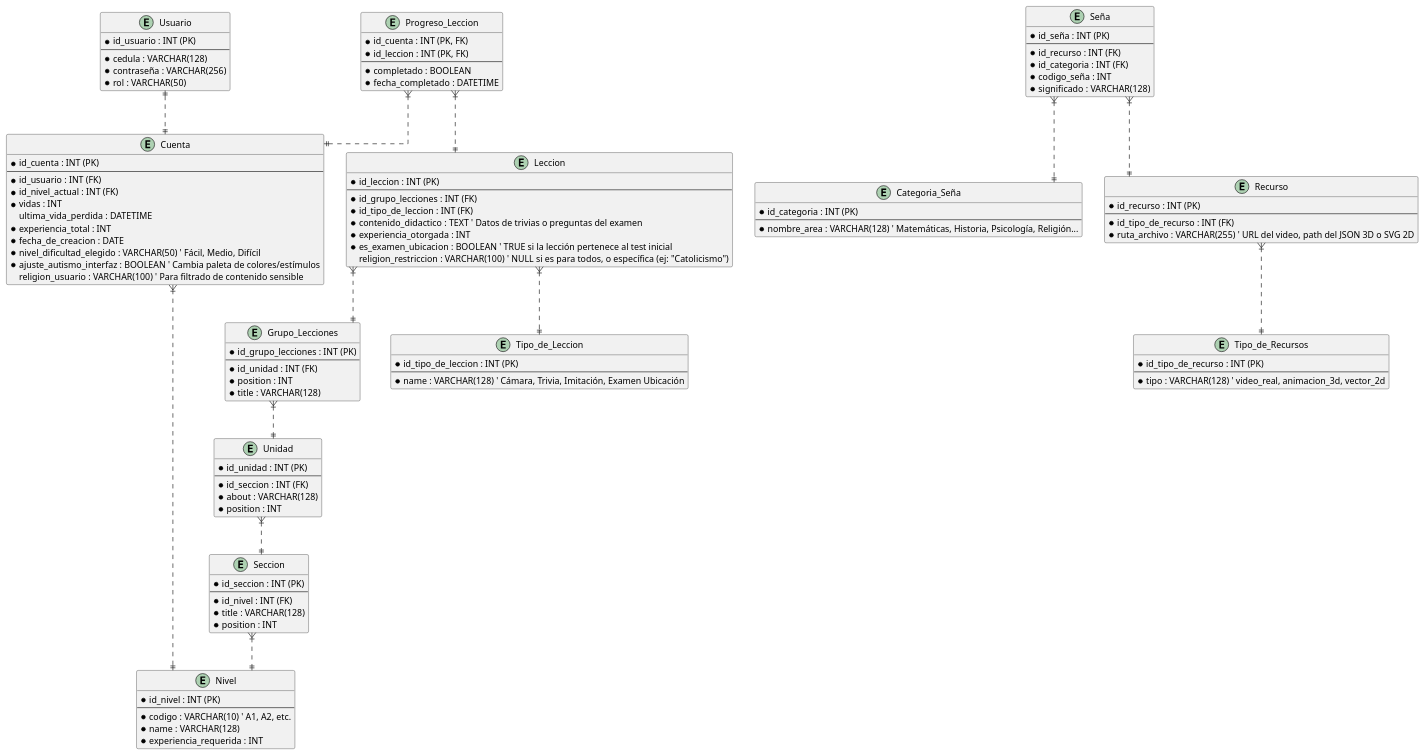
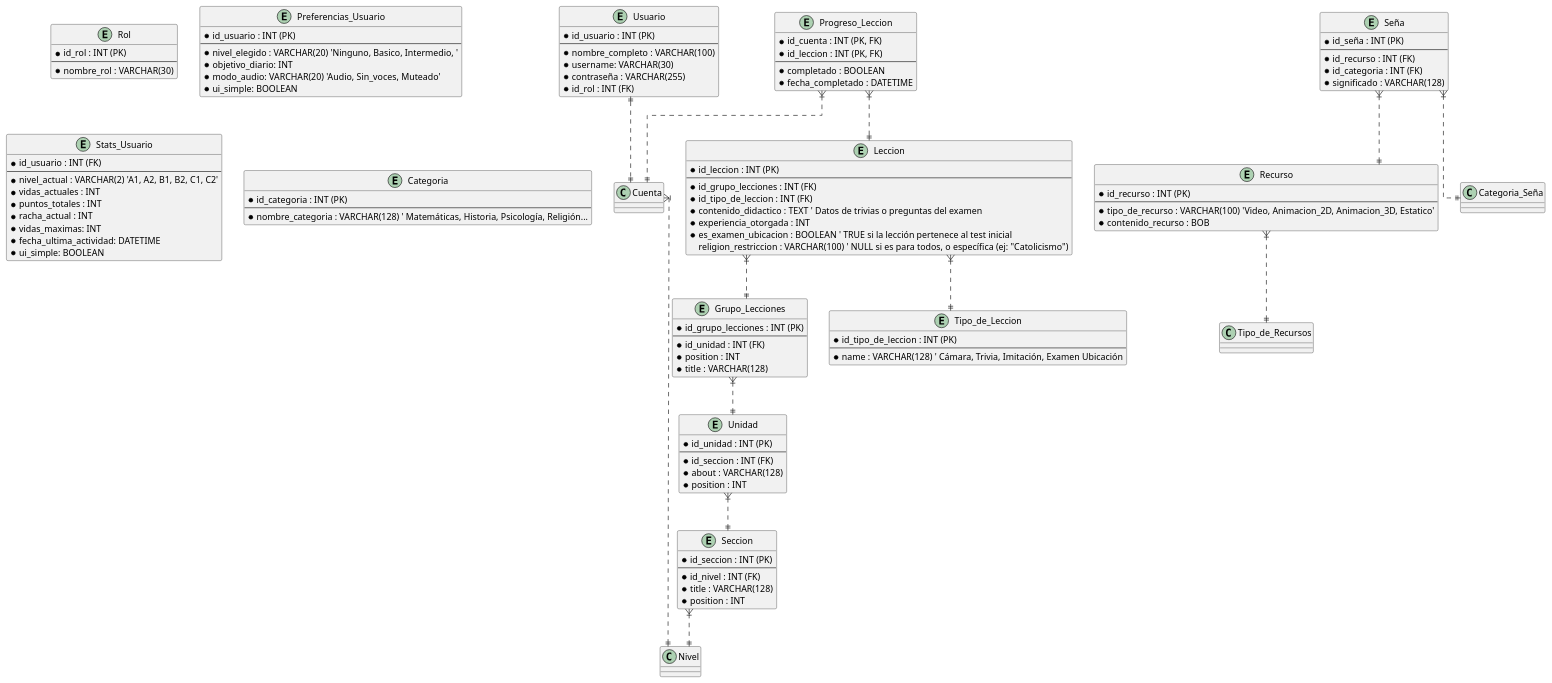
One commit to MicaheDev/proyecto-lsv changed the diagram in diagramas/base-de-datos.puml. Above: the diagram before and after it, drawn with PlantUML. The commit also changed 11 other files, not shown here.

```diff
--- a/diagramas/base-de-datos.puml
+++ b/diagramas/base-de-datos.puml
@@ -1,133 +1,133 @@
 @startuml
 skinparam roundcorner 5
 skinparam linetype ortho
 
+entity Rol {
+    * id_rol : INT (PK)
+    --
+    * nombre_rol : VARCHAR(30)
+}
+
+
 entity Usuario {
     * id_usuario : INT (PK)
     --
-    * cedula : VARCHAR(128)
-    * contraseña : VARCHAR(256)
-    * rol : VARCHAR(50)
+    * nombre_completo : VARCHAR(100)
+    * username: VARCHAR(30)
+    * contraseña : VARCHAR(255)
+    * id_rol : INT (FK)
 }
 
-entity Cuenta {
-    * id_cuenta : INT (PK)
+entity Preferencias_Usuario {
+    * id_usuario : INT (PK)
     --
+    * nivel_elegido : VARCHAR(20) 'Ninguno, Basico, Intermedio, '
+    * objetivo_diario: INT
+    * modo_audio: VARCHAR(20) 'Audio, Sin_voces, Muteado'
+    * ui_simple: BOOLEAN
+}
+
+entity Stats_Usuario {
     * id_usuario : INT (FK)
-    * id_nivel_actual : INT (FK)
-    * vidas : INT
-    ultima_vida_perdida : DATETIME
-    * experiencia_total : INT
-    * fecha_de_creacion : DATE
-    ' --- Ajustes de Personalización e Inclusión ---
-    * nivel_dificultad_elegido : VARCHAR(50) ' Fácil, Medio, Difícil
-    * ajuste_autismo_interfaz : BOOLEAN ' Cambia paleta de colores/estímulos
-    religion_usuario : VARCHAR(100) ' Para filtrado de contenido sensible
+    --
+    * nivel_actual : VARCHAR(2) 'A1, A2, B1, B2, C1, C2'
+    * vidas_actuales : INT
+    * puntos_totales : INT
+    * racha_actual : INT
+    * vidas_maximas: INT
+    * fecha_ultima_actividad: DATETIME
+    * ui_simple: BOOLEAN
 }
+
 
 entity Progreso_Leccion {
     * id_cuenta : INT (PK, FK)
     * id_leccion : INT (PK, FK)
     --
     * completado : BOOLEAN
     * fecha_completado : DATETIME
-}
-
-entity Nivel {
-    * id_nivel : INT (PK)
-    --
-    * codigo : VARCHAR(10) ' A1, A2, etc.
-    * name : VARCHAR(128)
-    * experiencia_requerida : INT
 }
 
 entity Seccion {
     * id_seccion : INT (PK)
     --
     * id_nivel : INT (FK)
     * title : VARCHAR(128)
     * position : INT
 }
 
 entity Unidad {
     * id_unidad : INT (PK)
     --
     * id_seccion : INT (FK)
     * about : VARCHAR(128)
     * position : INT
 }
 
 entity Grupo_Lecciones {
     * id_grupo_lecciones : INT (PK)
     --
     * id_unidad : INT (FK)
     * position : INT 
     * title : VARCHAR(128)
 }
 
 entity Leccion {
     * id_leccion : INT (PK)
     --
     * id_grupo_lecciones : INT (FK)
     * id_tipo_de_leccion : INT (FK)
     * contenido_didactico : TEXT ' Datos de trivias o preguntas del examen
     * experiencia_otorgada : INT
     * es_examen_ubicacion : BOOLEAN ' TRUE si la lección pertenece al test inicial
     religion_restriccion : VARCHAR(100) ' NULL si es para todos, o específica (ej: "Catolicismo")
 }
 
 entity Tipo_de_Leccion {
     * id_tipo_de_leccion : INT (PK)
     --
     * name : VARCHAR(128) ' Cámara, Trivia, Imitación, Examen Ubicación
 }
 
 entity Seña {
     * id_seña : INT (PK)
     --
     * id_recurso : INT (FK)
     * id_categoria : INT (FK)
-    * codigo_seña : INT
     * significado : VARCHAR(128)
 }
 
-entity Categoria_Seña {
+entity Categoria {
     * id_categoria : INT (PK)
     --
-    * nombre_area : VARCHAR(128) ' Matemáticas, Historia, Psicología, Religión...
+    * nombre_categoria : VARCHAR(128) ' Matemáticas, Historia, Psicología, Religión...
 }
 
 entity Recurso {
     * id_recurso : INT (PK)
     --
-    * id_tipo_de_recurso : INT (FK)
-    * ruta_archivo : VARCHAR(255) ' URL del video, path del JSON 3D o SVG 2D
-}
-
-entity Tipo_de_Recursos {
-    * id_tipo_de_recurso : INT (PK)
-    --
-    * tipo : VARCHAR(128) ' video_real, animacion_3d, vector_2d
+    * tipo_de_recurso : VARCHAR(100) 'Video, Animacion_2D, Animacion_3D, Estatico'
+    * contenido_recurso : BOB
 }
 
 ' --- RELACIONES CORREGIDAS (Muchos a la izquierda, Uno a la derecha) ---
 
 ' Núcleo e Historial
 Usuario ||..|| Cuenta
 Progreso_Leccion }|..|| Cuenta
 Progreso_Leccion }|..|| Leccion
 Cuenta }|..|| Nivel
 
 ' Estructura Educativa Escalar
 Seccion }|..|| Nivel
 Unidad }|..|| Seccion
 Grupo_Lecciones }|..|| Unidad
 Leccion }|..|| Grupo_Lecciones
 Leccion }|..|| Tipo_de_Leccion
 
 ' Diccionario de Señas, Recursos Multimedia y Categorías
 Seña }|..|| Categoria_Seña
 Seña }|..|| Recurso
 Recurso }|..|| Tipo_de_Recursos
 
 @enduml
```
